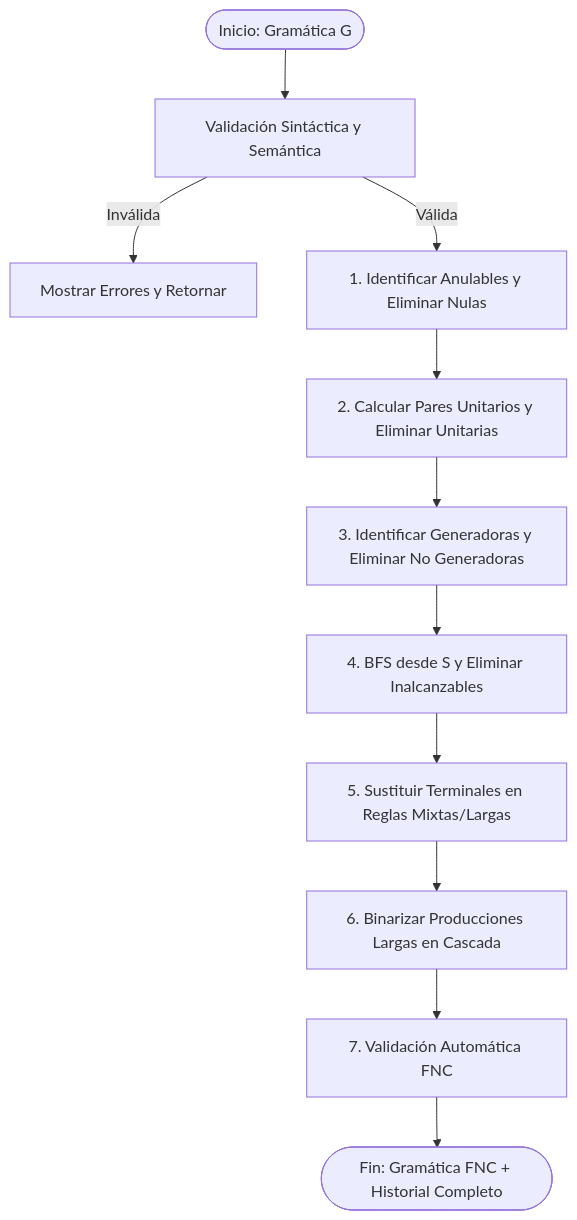
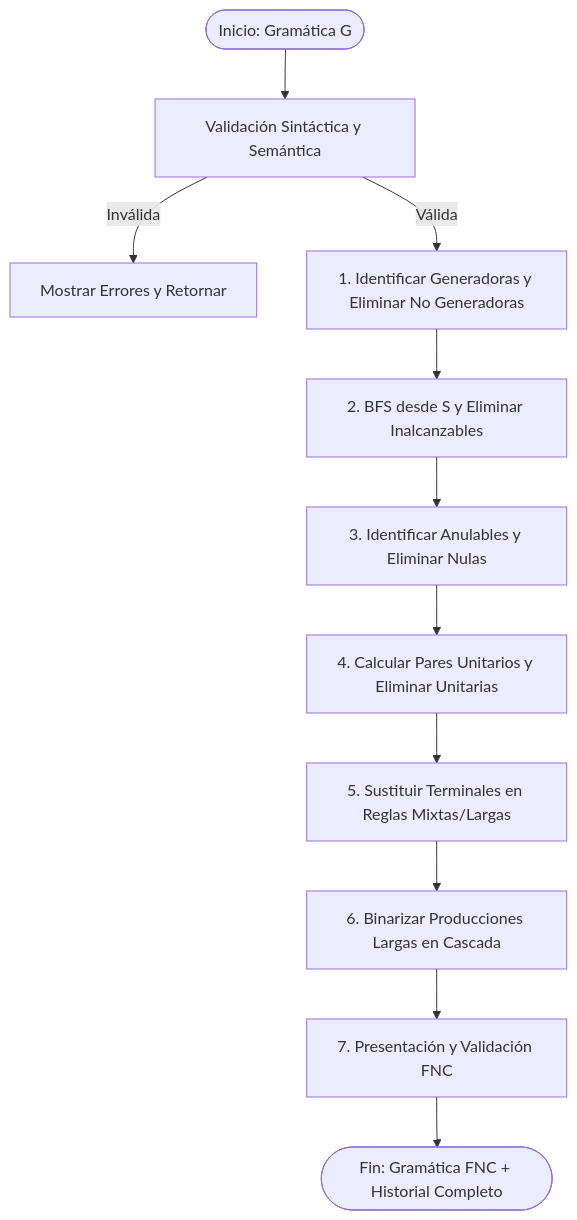
One commit to JulianGomezIbarra/MICROPOYECTO-1-FNC-1151355 changed the third of 3 diagrams in docs/DOCUMENTO_TECNICO.md. Above: the diagram before and after it, drawn with Mermaid. The commit also changed 15 other files, not shown here.

````diff
--- a/docs/DOCUMENTO_TECNICO.md
+++ b/docs/DOCUMENTO_TECNICO.md
@@ -221,13 +221,13 @@
 ```mermaid
 graph TD
     A([Inicio: Gramática G]) --> B[Validación Sintáctica y Semántica]
     B -->|Inválida| C[Mostrar Errores y Retornar]
-    B -->|Válida| D[1. Identificar Anulables y Eliminar Nulas]
-    D --> E[2. Calcular Pares Unitarios y Eliminar Unitarias]
-    E --> F[3. Identificar Generadoras y Eliminar No Generadoras]
-    F --> G[4. BFS desde S y Eliminar Inalcanzables]
+    B -->|Válida| D[1. Identificar Generadoras y Eliminar No Generadoras]
+    D --> E[2. BFS desde S y Eliminar Inalcanzables]
+    E --> F[3. Identificar Anulables y Eliminar Nulas]
+    F --> G[4. Calcular Pares Unitarios y Eliminar Unitarias]
     G --> H[5. Sustituir Terminales en Reglas Mixtas/Largas]
     H --> I[6. Binarizar Producciones Largas en Cascada]
-    I --> J[7. Validación Automática FNC]
+    I --> J[7. Presentación y Validación FNC]
     J --> K([Fin: Gramática FNC + Historial Completo])
 ```
````
